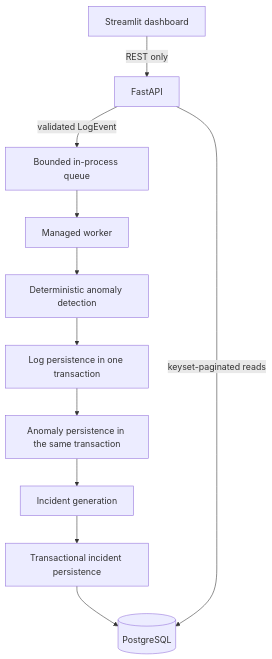
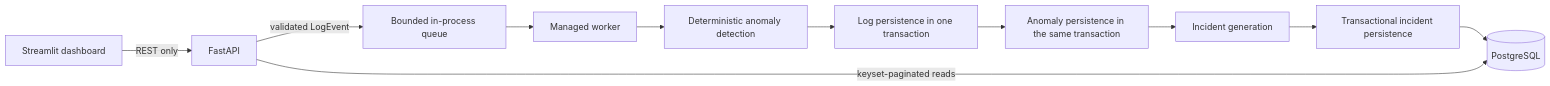
Before and after one commit to FawazDev-cmd/sentinelstream: the diagram in README.md, drawn with Mermaid.

Commit message:
docs: fix Mermaid architecture diagram

````diff
--- a/README.md
+++ b/README.md
@@ -61,13 +61,13 @@
 ```mermaid
-flowchart TD
-    UI[Streamlit dashboard] -->|REST only| API[FastAPI]
-    API -->|validated LogEvent| Q[Bounded in-process queue]
-    Q --> W[Managed worker]
-    W --> AD[Deterministic anomaly detection]
-    AD --> LP[Log persistence in one transaction]
-    LP --> AP[Anomaly persistence in the same transaction]
-    AP --> IG[Incident generation]
-    IG --> IP[Transactional incident persistence]
-    IP --> DB[(PostgreSQL)]
-    API -->|keyset-paginated reads| DB
+flowchart LR
+    UI["Streamlit dashboard"] -->|"REST only"| API["FastAPI"]
+    API -->|"validated LogEvent"| Q["Bounded in-process queue"]
+    Q --> W["Managed worker"]
+    W --> AD["Deterministic anomaly detection"]
+    AD --> LP["Log persistence in one transaction"]
+    LP --> AP["Anomaly persistence in the same transaction"]
+    AP --> IG["Incident generation"]
+    IG --> IP["Transactional incident persistence"]
+    IP --> DB[("PostgreSQL")]
+    API -->|"keyset-paginated reads"| DB
 ```
````
